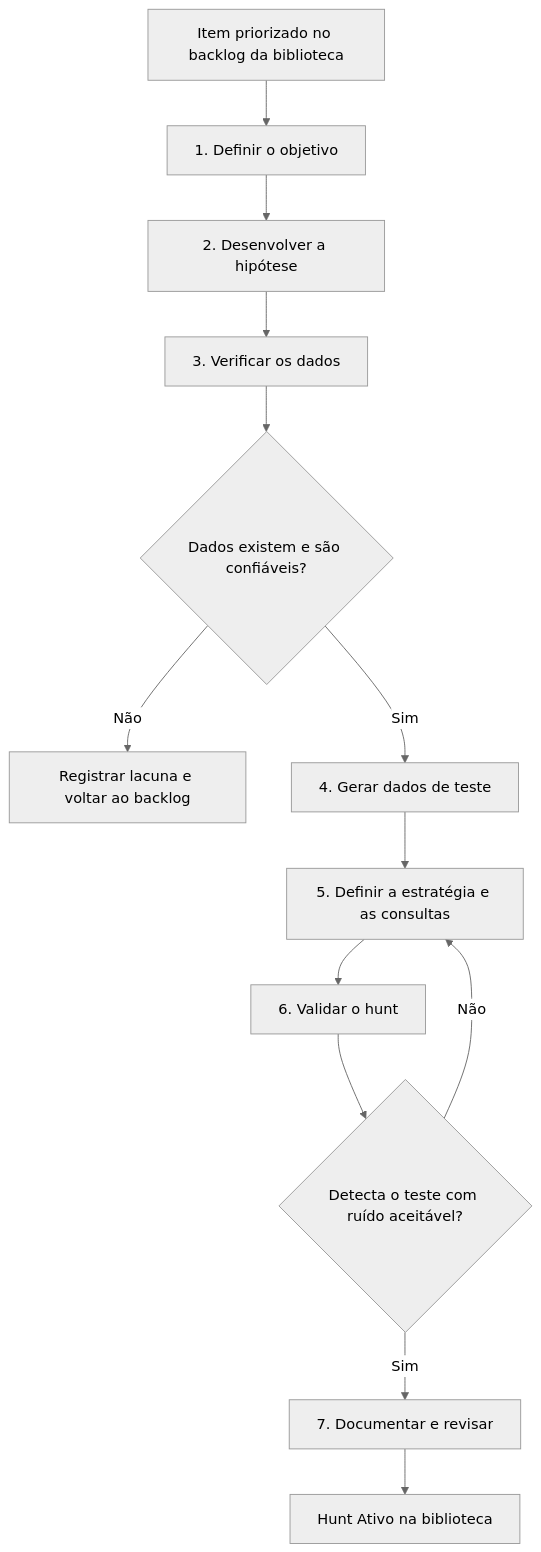
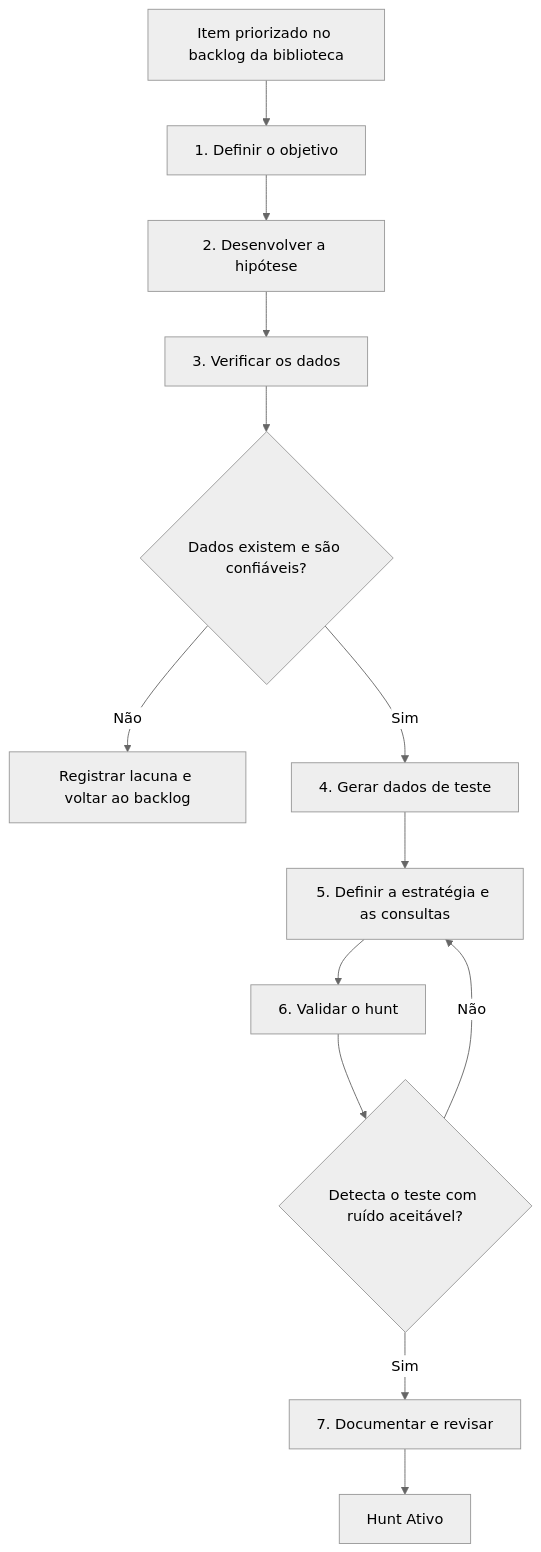
One commit to efernandesmateus/Threat-Hunting changed the diagram in 01-processo/desenvolvimento-de-hunts.md. Above: the diagram before and after it, drawn with Mermaid (neutral theme). The commit also changed other lines of this file and 14 other files, not shown here.

````diff
--- a/01-processo/desenvolvimento-de-hunts.md
+++ b/01-processo/desenvolvimento-de-hunts.md
@@ -9,15 +11,15 @@
 ```mermaid
 flowchart TD
     A[Item priorizado no backlog da biblioteca] --> B[1. Definir o objetivo]
     B --> C[2. Desenvolver a hipótese]
     C --> D[3. Verificar os dados]
     D --> E{Dados existem e são confiáveis?}
     E -- Não --> F[Registrar lacuna e voltar ao backlog]
     E -- Sim --> G[4. Gerar dados de teste]
     G --> H[5. Definir a estratégia e as consultas]
     H --> I[6. Validar o hunt]
     I --> J{Detecta o teste com ruído aceitável?}
     J -- Não --> H
     J -- Sim --> K[7. Documentar e revisar]
-    K --> L[Hunt Ativo na biblioteca]
+    K --> L[Hunt Ativo]
 ```
````
